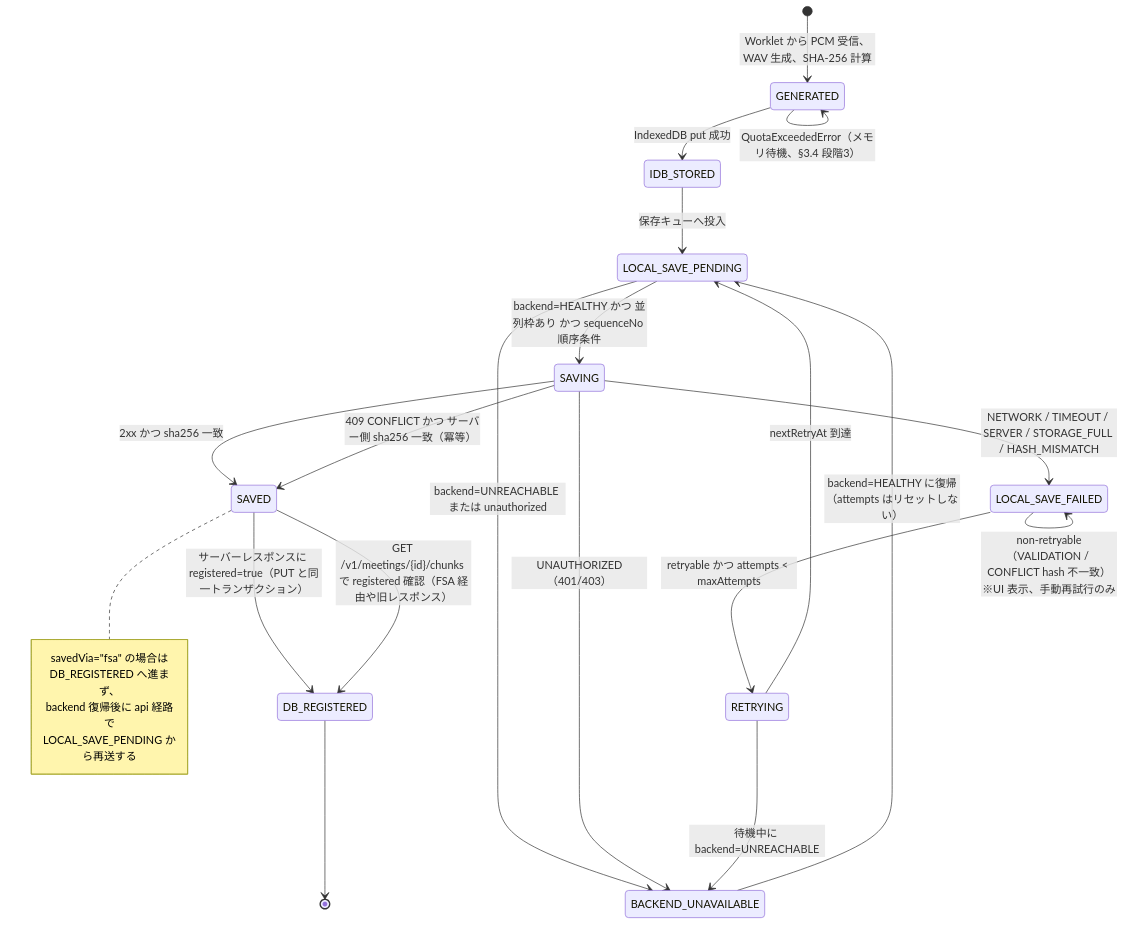
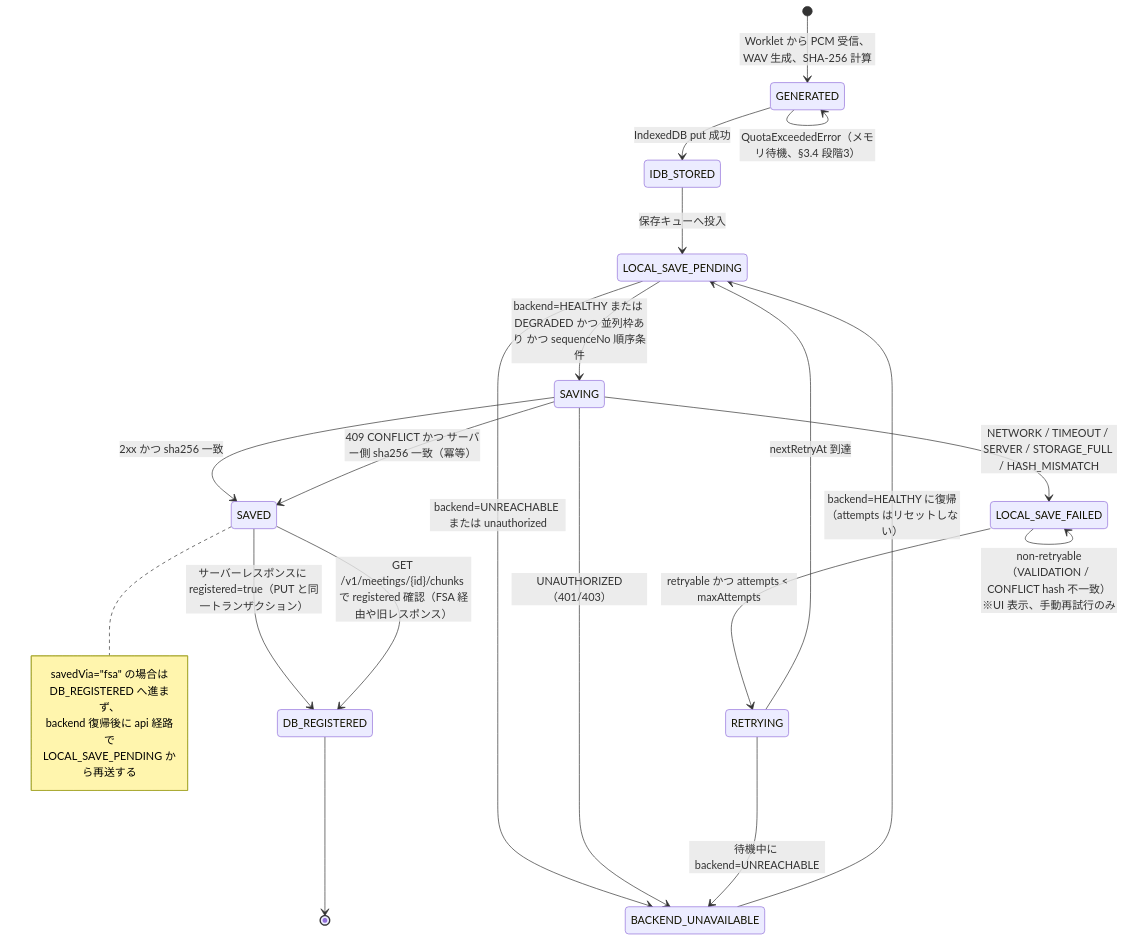
One commit to myoshi2891/Meeting-Minutes-App changed the third of 6 diagrams in design-local-phase1.md. Above: the diagram before and after it, drawn with Mermaid. The commit also changed other lines of this file, not shown here.

Commit message:
docs(phase1): allow DEGRADED backend for saving and wire onBackendUnreachable

````diff
--- a/design-local-phase1.md
+++ b/design-local-phase1.md
@@ -664,27 +664,27 @@
 ```mermaid
 stateDiagram-v2
     [*] --> GENERATED : Worklet から PCM 受信、WAV 生成、SHA-256 計算
     GENERATED --> IDB_STORED : IndexedDB put 成功
     GENERATED --> GENERATED : QuotaExceededError（メモリ待機、§3.4 段階3）
     IDB_STORED --> LOCAL_SAVE_PENDING : 保存キューへ投入
-    LOCAL_SAVE_PENDING --> SAVING : backend=HEALTHY かつ 並列枠あり かつ sequenceNo 順序条件
+    LOCAL_SAVE_PENDING --> SAVING : backend=HEALTHY または DEGRADED かつ 並列枠あり かつ sequenceNo 順序条件
     LOCAL_SAVE_PENDING --> BACKEND_UNAVAILABLE : backend=UNREACHABLE または unauthorized
     SAVING --> SAVED : 2xx かつ sha256 一致
     SAVING --> LOCAL_SAVE_FAILED : NETWORK / TIMEOUT / SERVER / STORAGE_FULL / HASH_MISMATCH
     SAVING --> BACKEND_UNAVAILABLE : UNAUTHORIZED（401/403）
     SAVING --> SAVED : 409 CONFLICT かつ サーバー側 sha256 一致（冪等）
     LOCAL_SAVE_FAILED --> RETRYING : retryable かつ attempts < maxAttempts
     LOCAL_SAVE_FAILED --> LOCAL_SAVE_FAILED : non-retryable（VALIDATION / CONFLICT hash 不一致）※UI 表示、手動再試行のみ
     RETRYING --> LOCAL_SAVE_PENDING : nextRetryAt 到達
     RETRYING --> BACKEND_UNAVAILABLE : 待機中に backend=UNREACHABLE
     BACKEND_UNAVAILABLE --> LOCAL_SAVE_PENDING : backend=HEALTHY に復帰（attempts はリセットしない）
     SAVED --> DB_REGISTERED : サーバーレスポンスに registered=true（PUT と同一トランザクション）
     SAVED --> DB_REGISTERED : GET /v1/meetings/{id}/chunks で registered 確認（FSA 経由や旧レスポンス）
     DB_REGISTERED --> [*]
     note right of SAVED
         savedVia="fsa" の場合は
         DB_REGISTERED へ進まず、
         backend 復帰後に api 経路で
         LOCAL_SAVE_PENDING から再送する
     end note
 ```
````
